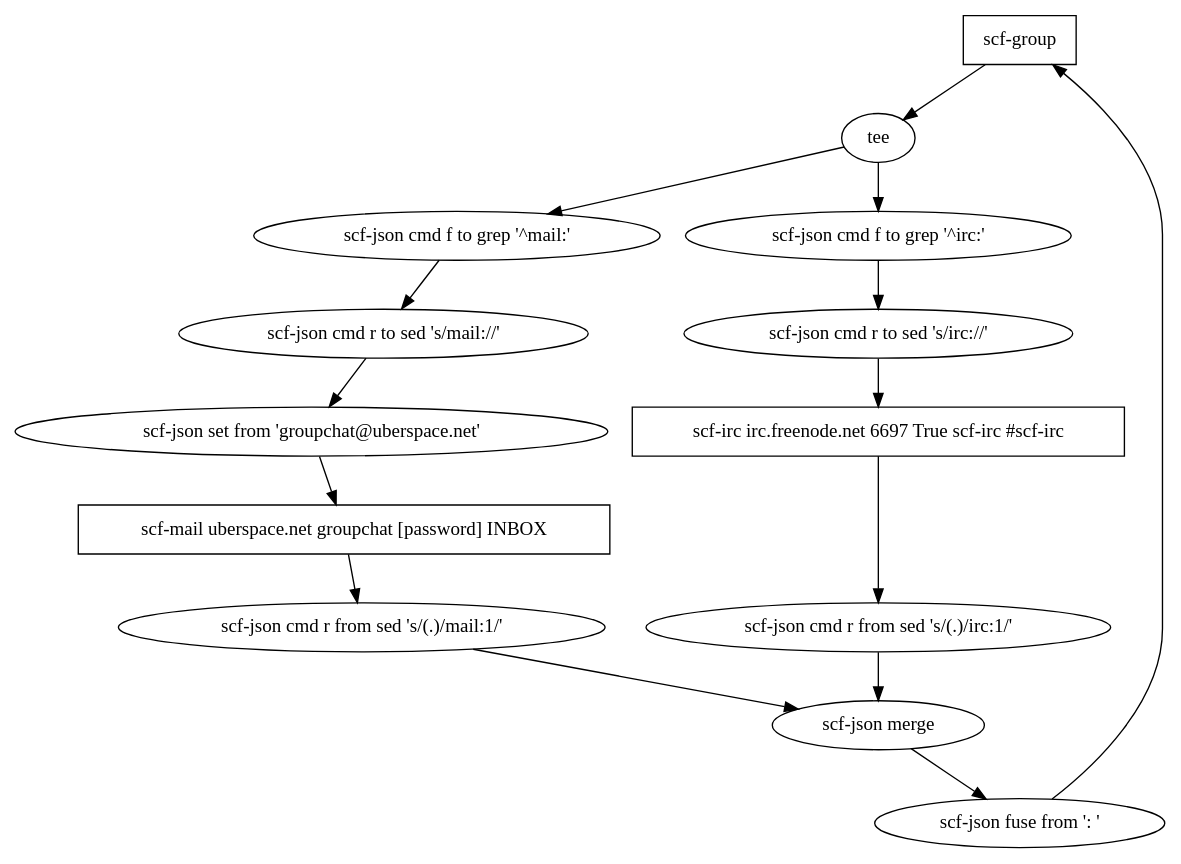
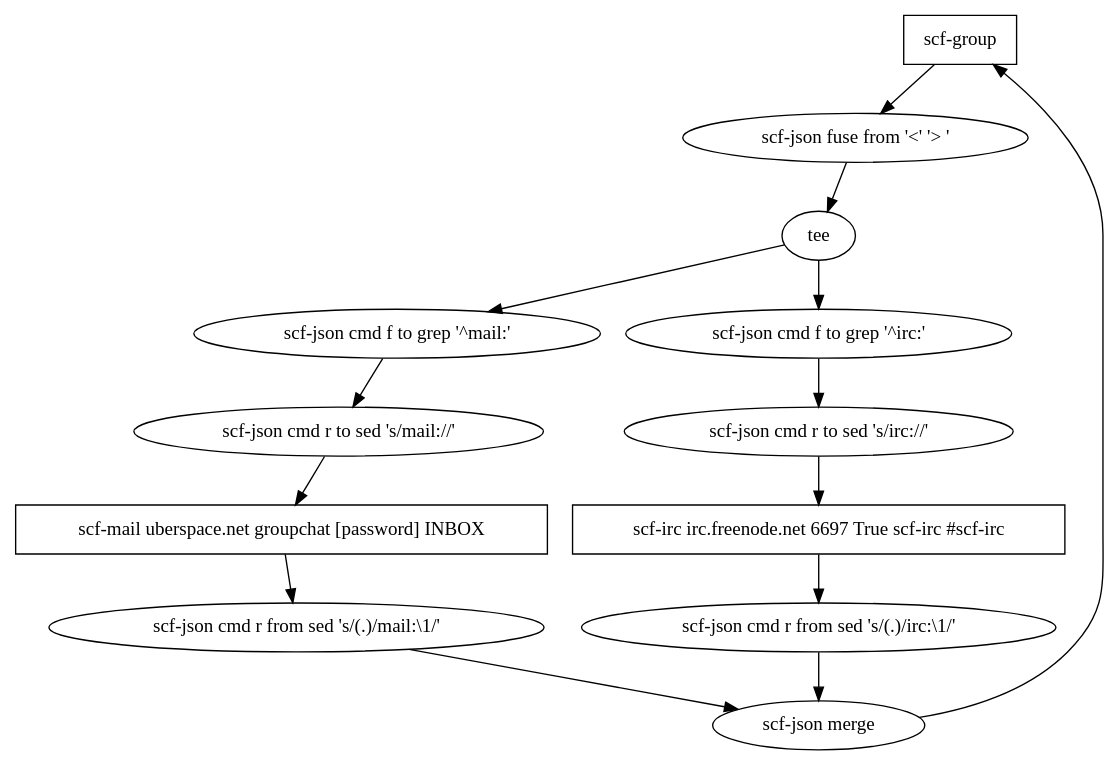
The diagram in group-mail-irc.dot (defanor/scf), drawn with Graphviz before and after one commit. The commit also changed 3 other files, not shown here.

```diff
--- a/group-mail-irc.dot
+++ b/group-mail-irc.dot
@@ -1,21 +1,20 @@
 digraph group_mail_irc {
         group [shape=box,label="scf-group"]
         mail [shape=box,label="scf-mail uberspace.net groupchat [password] INBOX"]
-        mail_add_from [label="scf-json cmd r from sed 's/\(.\)/mail:\1/'"]
+        mail_add_from [label="scf-json cmd r from sed 's/\(.\)/mail:\\1/'"]
         mail_filter_from [label="scf-json cmd f to grep '^mail:'"]
         mail_strip_from [label="scf-json cmd r to sed 's/mail://'"]
-        mail_set_from [label="scf-json set from 'groupchat@uberspace.net'"]
         irc [shape=box,label="scf-irc irc.freenode.net 6697 True scf-irc \#scf-irc"]
-        irc_add_from [label="scf-json cmd r from sed 's/\(.\)/irc:\1/'"]
+        irc_add_from [label="scf-json cmd r from sed 's/\(.\)/irc:\\1/'"]
         irc_filter_from [label="scf-json cmd f to grep '^irc:'"]
         irc_strip_from [label="scf-json cmd r to sed 's/irc://'"]
-        fuse_from [label="scf-json fuse from ': '"]
+        fuse_from [label="scf-json fuse from '<' '> '"]
         copy [label="tee"]
         merge [label="scf-json merge"]
 
         mail -> mail_add_from -> merge
         irc -> irc_add_from -> merge
-        merge -> fuse_from -> group -> copy
+        merge -> group -> fuse_from -> copy
         copy -> irc_filter_from -> irc_strip_from -> irc
-        copy -> mail_filter_from -> mail_strip_from -> mail_set_from -> mail
+        copy -> mail_filter_from -> mail_strip_from -> mail
 }
```
